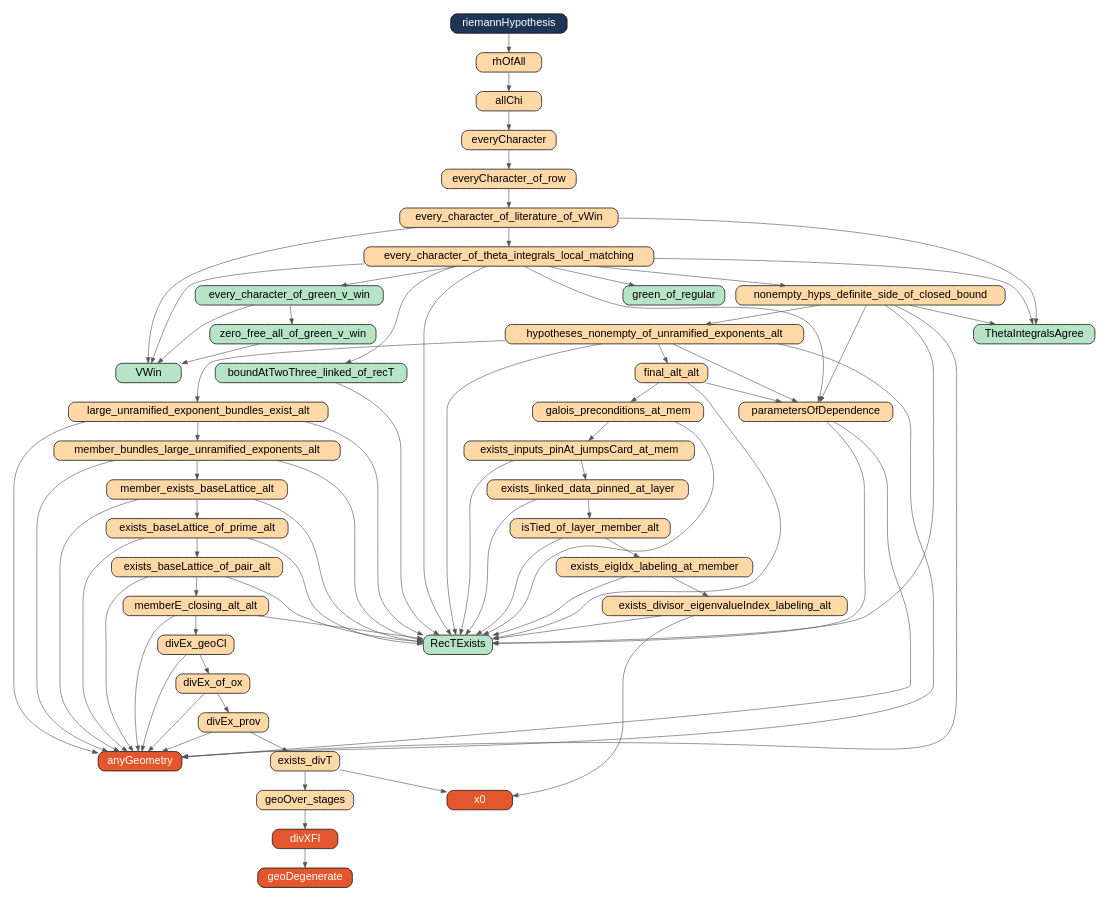
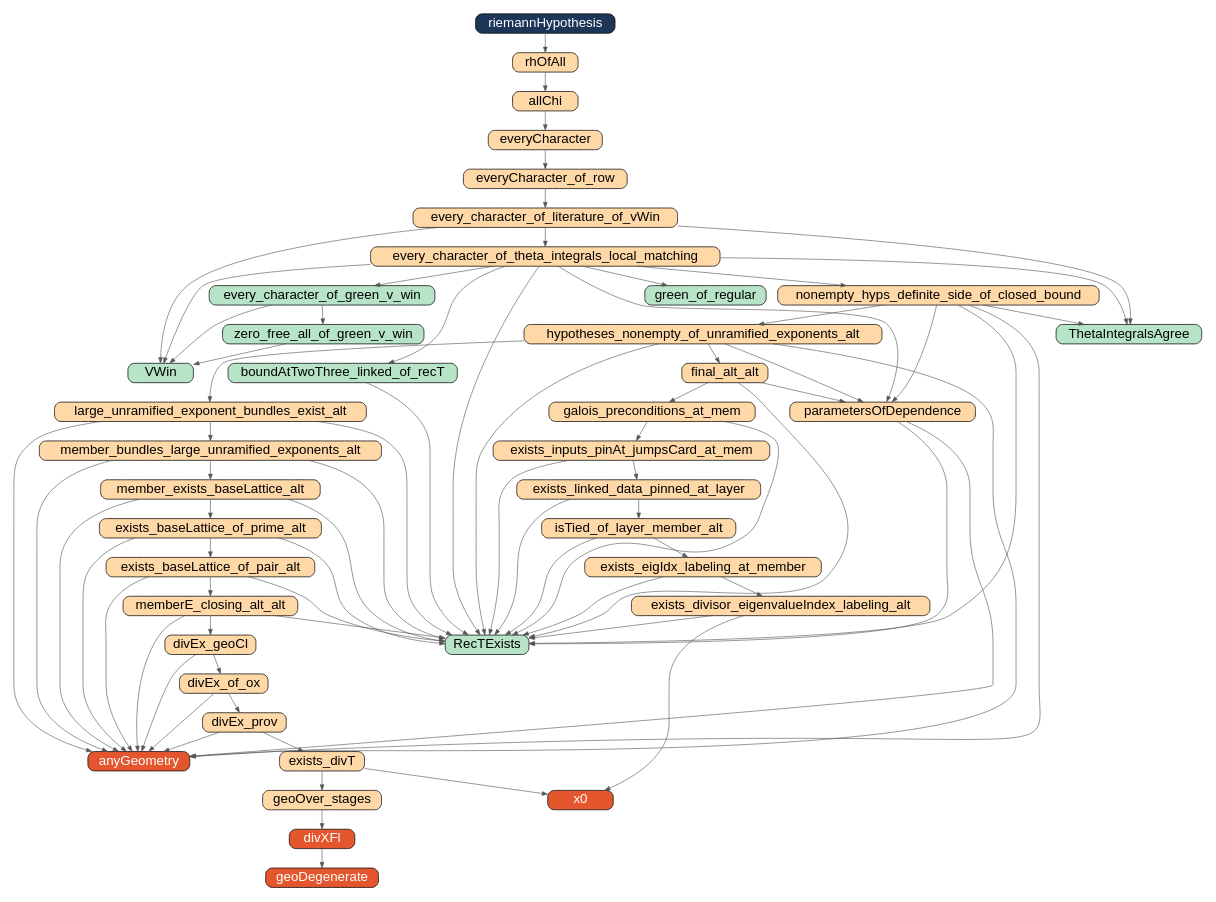
One commit to sounkou-bioinfo/rh-claude-alpoge-graphs changed the diagram in figures/depgraph.dot. Above: the diagram before and after it, drawn with Graphviz. The commit also changed 4 other files, not shown here.

Commit message:
Render formulas without markdown-escaped spacing; larger graph labels

```diff
--- a/figures/depgraph.dot
+++ b/figures/depgraph.dot
@@ -1,119 +1,119 @@
 digraph G {
   rankdir=TB; nodesep=0.12; ranksep=0.22; bgcolor="white";
-  node [shape=box, style="rounded,filled", fontname="Helvetica", fontsize=9, height=0.22, margin="0.06,0.02", penwidth=0.6];
+  node [shape=box, style="rounded,filled", fontname="Helvetica", fontsize=11, height=0.22, margin="0.06,0.02", penwidth=0.6];
   edge [arrowsize=0.45, penwidth=0.5, color="#555555"];
   n550010 [label="RecTExists", fillcolor="#b7e4c7", fontcolor="black"];
   n551631 [label="VWin", fillcolor="#b7e4c7", fontcolor="black"];
   n679647 [label="ThetaIntegralsAgree", fillcolor="#b7e4c7", fontcolor="black"];
   n6928480 [label="x0", fillcolor="#e4572e", fontcolor="white"];
   n6928621 [label="exists_divisor_eigenvalueIndex_labeling_alt", fillcolor="#ffd8a8", fontcolor="black"];
   n6928661 [label="exists_eigIdx_labeling_at_member", fillcolor="#ffd8a8", fontcolor="black"];
   n6928739 [label="isTied_of_layer_member_alt", fillcolor="#ffd8a8", fontcolor="black"];
   n6928779 [label="exists_linked_data_pinned_at_layer", fillcolor="#ffd8a8", fontcolor="black"];
   n7027830 [label="divEx_prov", fillcolor="#ffd8a8", fontcolor="black"];
   n7029748 [label="geoDegenerate", fillcolor="#e4572e", fontcolor="white"];
   n7031465 [label="divXFl", fillcolor="#e4572e", fontcolor="white"];
   n7031868 [label="geoOver_stages", fillcolor="#ffd8a8", fontcolor="black"];
   n7032625 [label="exists_divT", fillcolor="#ffd8a8", fontcolor="black"];
   n7032652 [label="divEx_of_ox", fillcolor="#ffd8a8", fontcolor="black"];
   n7032663 [label="divEx_geoCl", fillcolor="#ffd8a8", fontcolor="black"];
   n7040544 [label="memberE_closing_alt_alt", fillcolor="#ffd8a8", fontcolor="black"];
   n7058872 [label="exists_baseLattice_of_pair_alt", fillcolor="#ffd8a8", fontcolor="black"];
   n7060212 [label="exists_baseLattice_of_prime_alt", fillcolor="#ffd8a8", fontcolor="black"];
   n7060267 [label="member_exists_baseLattice_alt", fillcolor="#ffd8a8", fontcolor="black"];
   n7060305 [label="member_bundles_large_unramified_exponents_alt", fillcolor="#ffd8a8", fontcolor="black"];
   n7060336 [label="large_unramified_exponent_bundles_exist_alt", fillcolor="#ffd8a8", fontcolor="black"];
   n1550745 [label="zero_free_all_of_green_v_win", fillcolor="#b7e4c7", fontcolor="black"];
   n1550746 [label="every_character_of_green_v_win", fillcolor="#b7e4c7", fontcolor="black"];
   n14065051 [label="everyCharacter", fillcolor="#ffd8a8", fontcolor="black"];
   n14065052 [label="allChi", fillcolor="#ffd8a8", fontcolor="black"];
   n14065053 [label="rhOfAll", fillcolor="#ffd8a8", fontcolor="black"];
   n14065054 [label="riemannHypothesis", fillcolor="#1d3557", fontcolor="white"];
   n7586474 [label="exists_inputs_pinAt_jumpsCard_at_mem", fillcolor="#ffd8a8", fontcolor="black"];
   n7587598 [label="galois_preconditions_at_mem", fillcolor="#ffd8a8", fontcolor="black"];
   n7587629 [label="final_alt_alt", fillcolor="#ffd8a8", fontcolor="black"];
   n8026783 [label="hypotheses_nonempty_of_unramified_exponents_alt", fillcolor="#ffd8a8", fontcolor="black"];
   n8026822 [label="nonempty_hyps_definite_side_of_closed_bound", fillcolor="#ffd8a8", fontcolor="black"];
   n8026883 [label="boundAtTwoThree_linked_of_recT", fillcolor="#b7e4c7", fontcolor="black"];
   n8026888 [label="every_character_of_theta_integrals_local_matching", fillcolor="#ffd8a8", fontcolor="black"];
   n13125901 [label="everyCharacter_of_row", fillcolor="#ffd8a8", fontcolor="black"];
   n1551004 [label="green_of_regular", fillcolor="#b7e4c7", fontcolor="black"];
   n1571807 [label="anyGeometry", fillcolor="#e4572e", fontcolor="white"];
   n1571814 [label="parametersOfDependence", fillcolor="#ffd8a8", fontcolor="black"];
   n11298208 [label="every_character_of_literature_of_vWin", fillcolor="#ffd8a8", fontcolor="black"];
   n7032625 -> n6928480;
   n7032625 -> n7031868;
   n7060212 -> n1571807;
   n7060212 -> n550010;
   n7060212 -> n7058872;
   n7587629 -> n7587598;
   n7587629 -> n1571814;
   n7587629 -> n550010;
   n7060336 -> n1571807;
   n7060336 -> n550010;
   n7060336 -> n7060305;
   n7040544 -> n1571807;
   n7040544 -> n550010;
   n7040544 -> n7032663;
   n11298208 -> n551631;
   n11298208 -> n679647;
   n11298208 -> n8026888;
   n8026888 -> n551631;
   n8026888 -> n550010;
   n8026888 -> n679647;
   n8026888 -> n1571814;
   n8026888 -> n8026883;
   n8026888 -> n8026822;
   n8026888 -> n1551004;
   n8026888 -> n1550746;
   n14065054 -> n14065053;
   n14065053 -> n14065052;
   n14065052 -> n14065051;
   n14065051 -> n13125901;
   n13125901 -> n11298208;
   n7031868 -> n7031465;
   n8026783 -> n1571807;
   n8026783 -> n1571814;
   n8026783 -> n550010;
   n8026783 -> n7587629;
   n8026783 -> n7060336;
   n7032663 -> n1571807;
   n7032663 -> n7032652;
   n1550745 -> n551631;
   n6928621 -> n550010;
   n6928621 -> n6928480;
   n1571814 -> n550010;
   n1571814 -> n1571807;
   n8026883 -> n550010;
   n8026822 -> n1571814;
   n8026822 -> n550010;
   n8026822 -> n679647;
   n8026822 -> n1571807;
   n8026822 -> n8026783;
   n1550746 -> n551631;
   n1550746 -> n1550745;
   n7586474 -> n550010;
   n7586474 -> n6928779;
   n7060267 -> n1571807;
   n7060267 -> n550010;
   n7060267 -> n7060212;
   n7587598 -> n550010;
   n7587598 -> n7586474;
   n7060305 -> n1571807;
   n7060305 -> n550010;
   n7060305 -> n7060267;
   n7031465 -> n7029748;
   n6928661 -> n550010;
   n6928661 -> n6928621;
   n7027830 -> n1571807;
   n7027830 -> n7032625;
   n7032652 -> n1571807;
   n7032652 -> n7027830;
   n7058872 -> n1571807;
   n7058872 -> n550010;
   n7058872 -> n7040544;
   n6928779 -> n550010;
   n6928779 -> n6928739;
   n6928739 -> n550010;
   n6928739 -> n6928661;
 }
```
